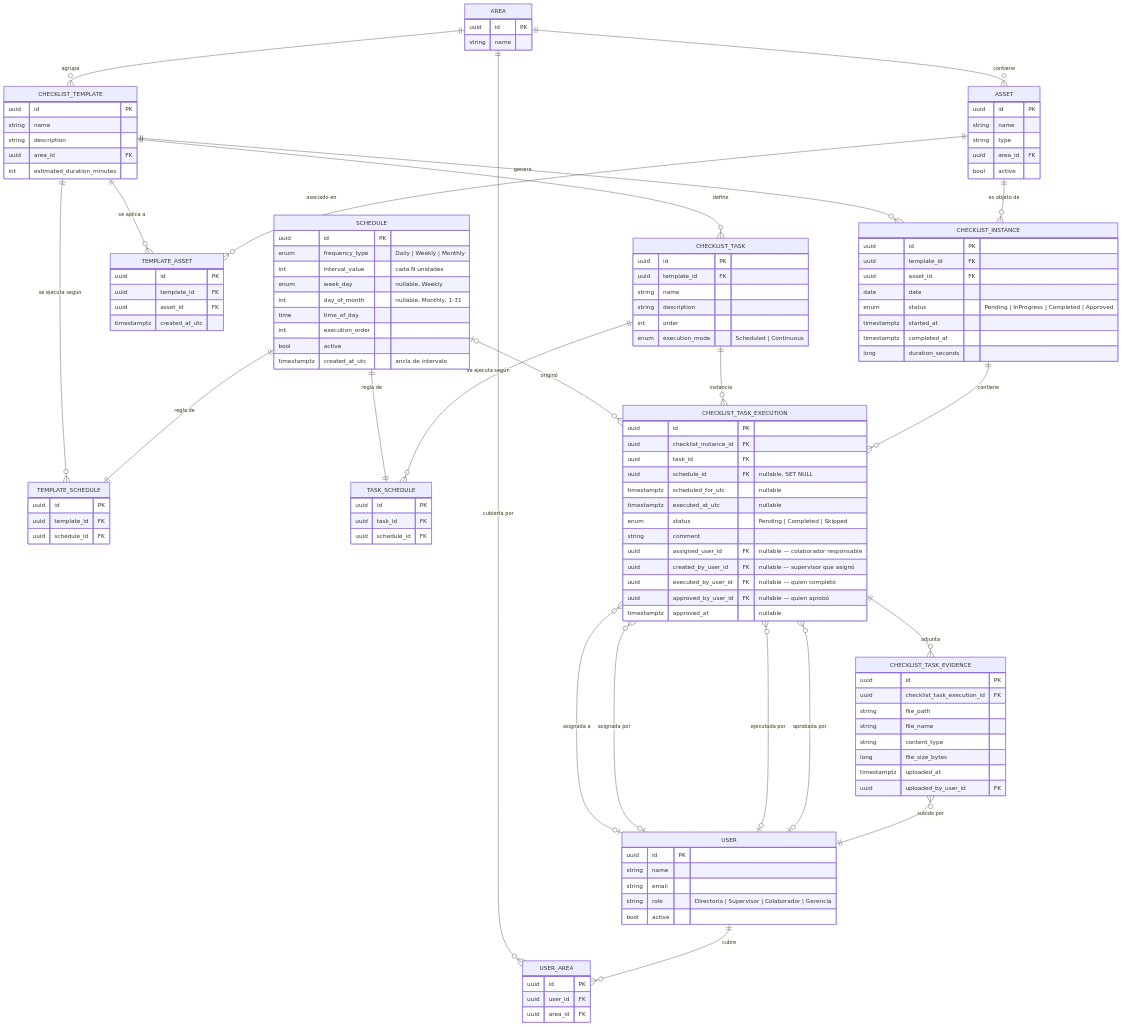
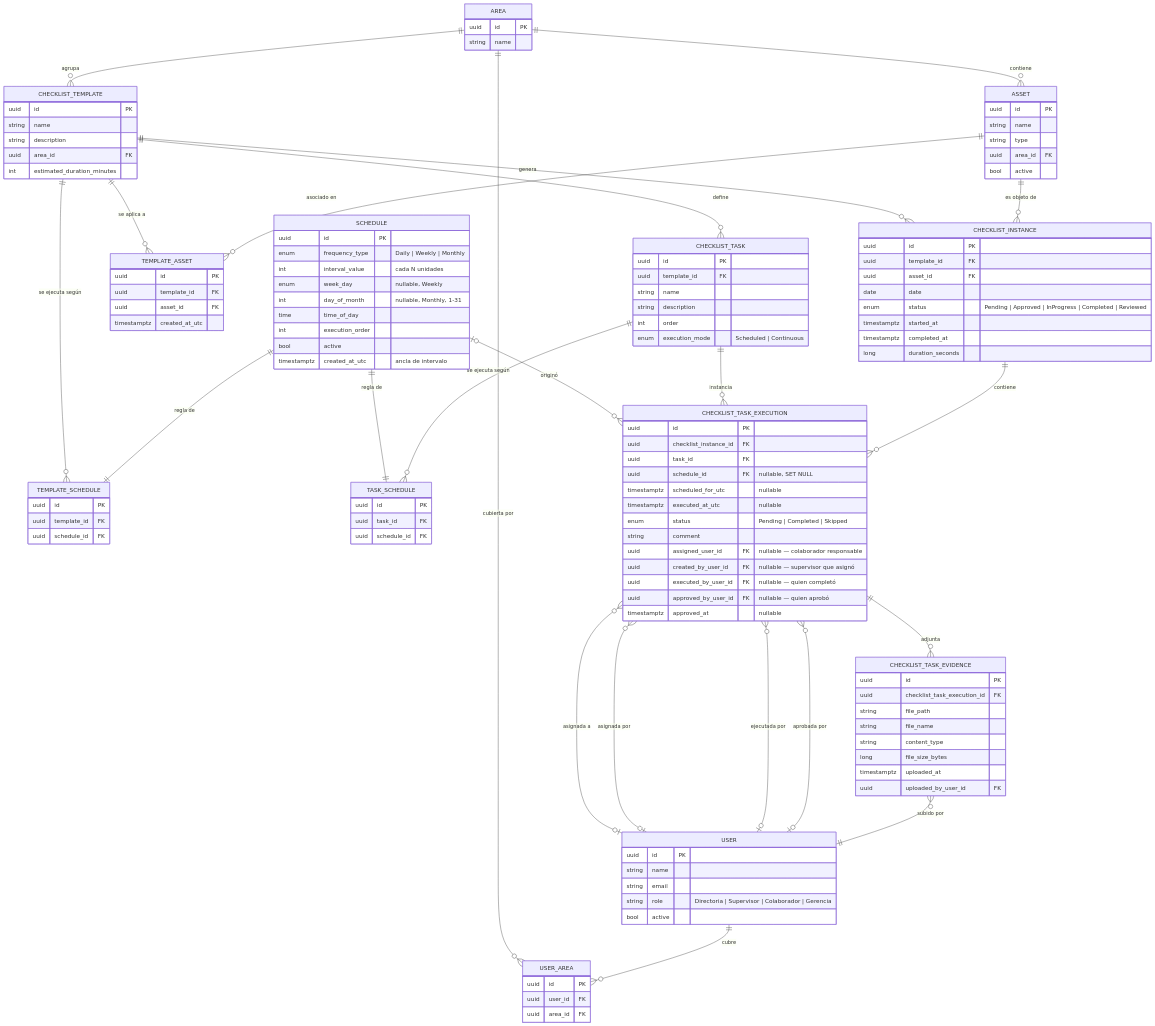
The diagram in docs/entity-relationship-diagram.md (Tativv/apiChecklist), drawn with Mermaid before and after one commit. The commit also changed other lines of this file and 23 other files, not shown here.

First line of the commit message:
Add Approved/Reviewed status gate, restrict template/instance creation to Gerencia/Directoria

```diff
--- a/docs/entity-relationship-diagram.md
+++ b/docs/entity-relationship-diagram.md
@@ -149,7 +180,7 @@
         uuid template_id FK
         uuid asset_id FK
         date date
-        enum status "Pending | InProgress | Completed | Approved"
+        enum status "Pending | Approved | InProgress | Completed | Reviewed"
         timestamptz started_at
         timestamptz completed_at
         long duration_seconds
```
